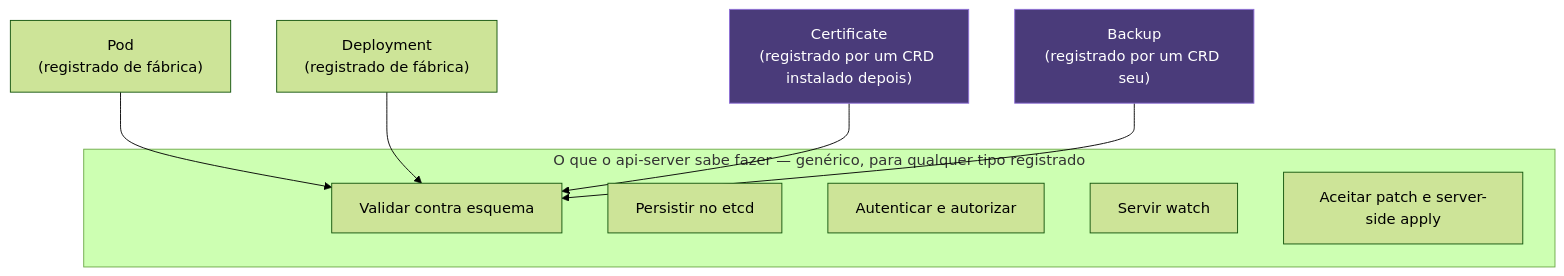
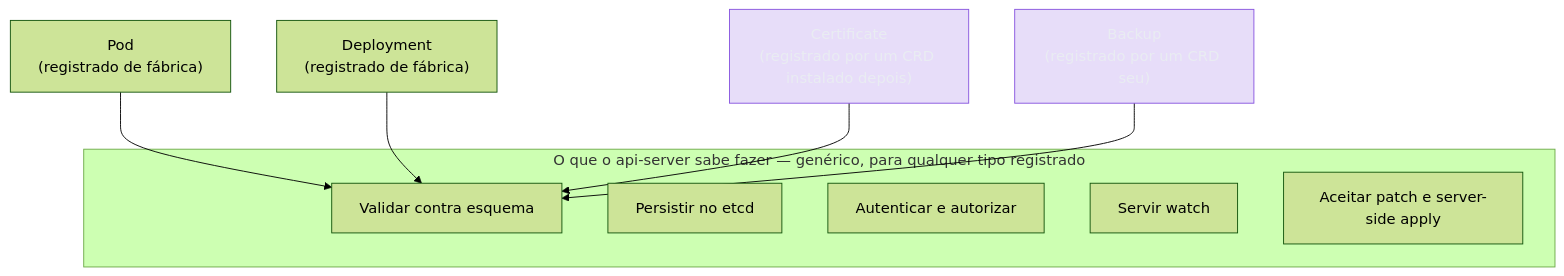
One commit to josenaldo/codex-technomanticus changed the first of 2 diagrams in 03-Dominios/Tecnologia/Infraestrutura/Kubernetes/18 - A API como sistema extensível.md. Above: the diagram before and after it, drawn with Mermaid (forest theme). The commit also changed 1181 other files, not shown here.

First line of the commit message:
fix(diagramas): paleta do sistema no lugar de cor cravada no markdown

````diff
--- a/03-Dominios/Tecnologia/Infraestrutura/Kubernetes/18 - A API como sistema extensível.md
+++ b/03-Dominios/Tecnologia/Infraestrutura/Kubernetes/18 - A API como sistema extensível.md
@@ -31,18 +31,19 @@
 ```mermaid
 graph TB
+    classDef marca fill:#8855DF33,stroke:#8855DF,color:#E9ECF2
     subgraph "O que o api-server sabe fazer — genérico, para qualquer tipo registrado"
         V["Validar contra esquema"]
         P["Persistir no etcd"]
         AA["Autenticar e autorizar"]
         W["Servir watch"]
         SSA["Aceitar patch e server-side apply"]
     end
 
     Pod["Pod<br/>(registrado de fábrica)"] --> V
     Dep["Deployment<br/>(registrado de fábrica)"] --> V
     Cert["Certificate<br/>(registrado por um CRD instalado depois)"] --> V
     Backup["Backup<br/>(registrado por um CRD seu)"] --> V
 
-    style Cert fill:#4a3b7a,stroke:#8e6fd6,color:#fff
-    style Backup fill:#4a3b7a,stroke:#8e6fd6,color:#fff
+    class Cert marca
+    class Backup marca
 ```
````
